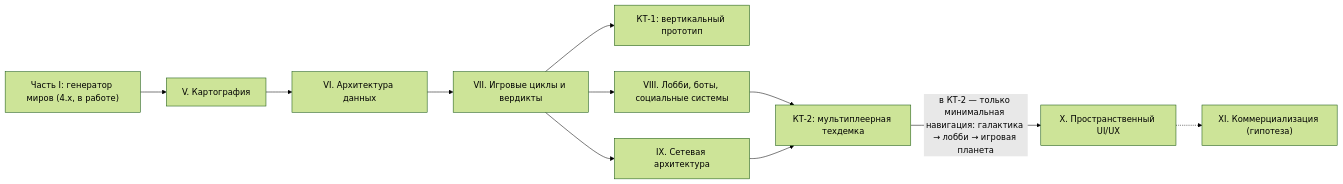
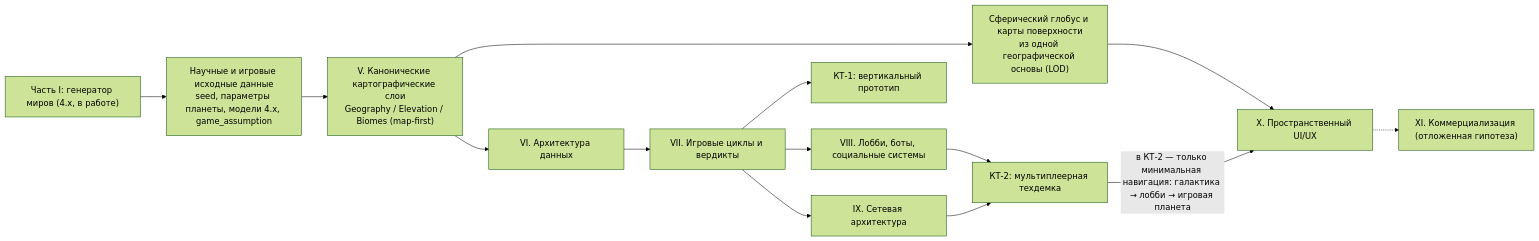
The second of 2 diagrams in docs/science/IMPLEMENTATION_ROADMAP.md (Mrcoolzbs-ai/evowars), drawn with Mermaid (forest theme) before and after one commit. The commit also changed other lines of this file, not shown here.

Commit message:
Roadmap: map-first procedural planetary cartography; defer commercialization

````diff
--- a/docs/science/IMPLEMENTATION_ROADMAP.md
+++ b/docs/science/IMPLEMENTATION_ROADMAP.md
@@ -1036,13 +1052,16 @@
 ```mermaid
 graph LR
-  IV["Часть I: генератор миров (4.x, в работе)"] --> V["V. Картография"]
-  V --> VI["VI. Архитектура данных"]
+  IV["Часть I: генератор миров (4.x, в работе)"] --> SRC["Научные и игровые исходные данные<br/>seed, параметры планеты, модели 4.x, game_assumption"]
+  SRC --> MAPS["V. Канонические картографические слои<br/>Geography / Elevation / Biomes (map-first)"]
+  MAPS --> VIEW["Сферический глобус и карты поверхности<br/>из одной географической основы (LOD)"]
+  VIEW --> X["X. Пространственный UI/UX"]
+  MAPS --> VI["VI. Архитектура данных"]
   VI --> VII["VII. Игровые циклы и вердикты"]
   VII --> P1["КТ-1: вертикальный прототип"]
   VII --> VIII["VIII. Лобби, боты, социальные системы"]
   VII --> IX["IX. Сетевая архитектура"]
   VIII --> P2["КТ-2: мультиплеерная техдемка"]
   IX --> P2
-  P2 -->|"в КТ-2 — только минимальная навигация: галактика → лобби → игровая планета"| X["X. Пространственный UI/UX"]
-  X -.-> XI["XI. Коммерциализация (гипотеза)"]
+  P2 -->|"в КТ-2 — только минимальная навигация: галактика → лобби → игровая планета"| X
+  X -.-> XI["XI. Коммерциализация (отложенная гипотеза)"]
 ```
````
